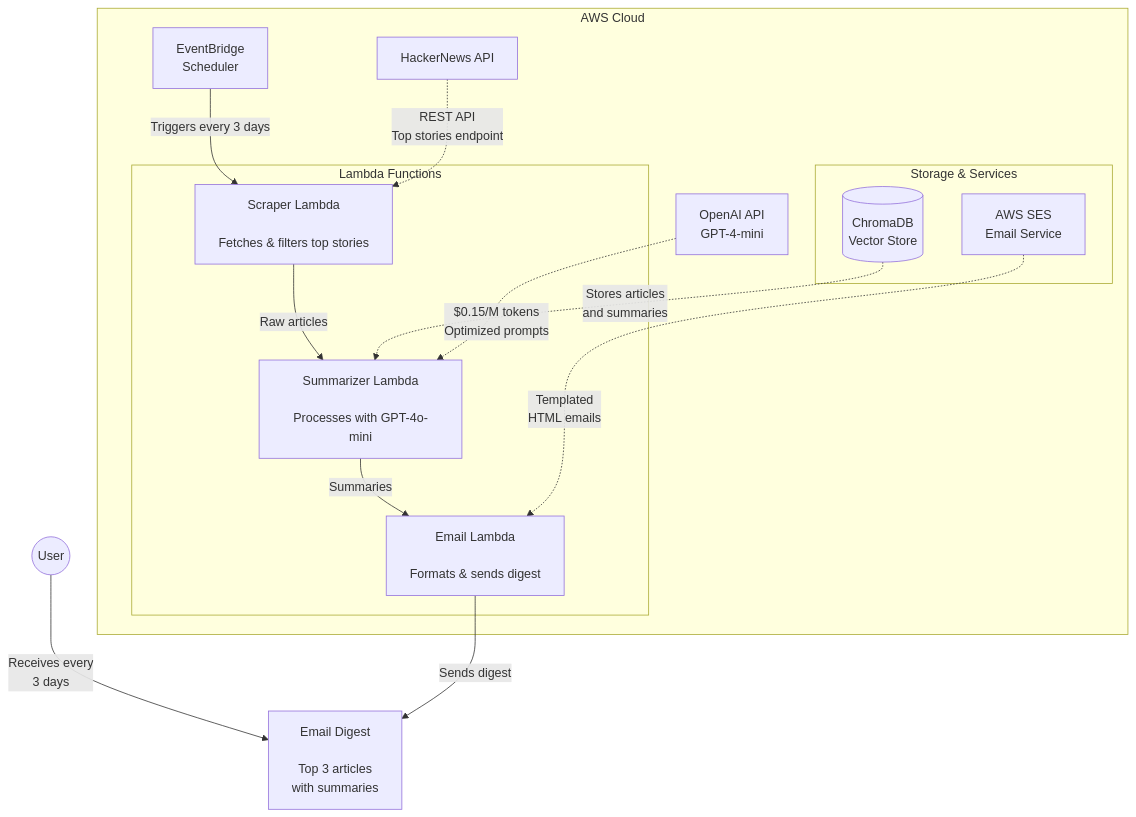
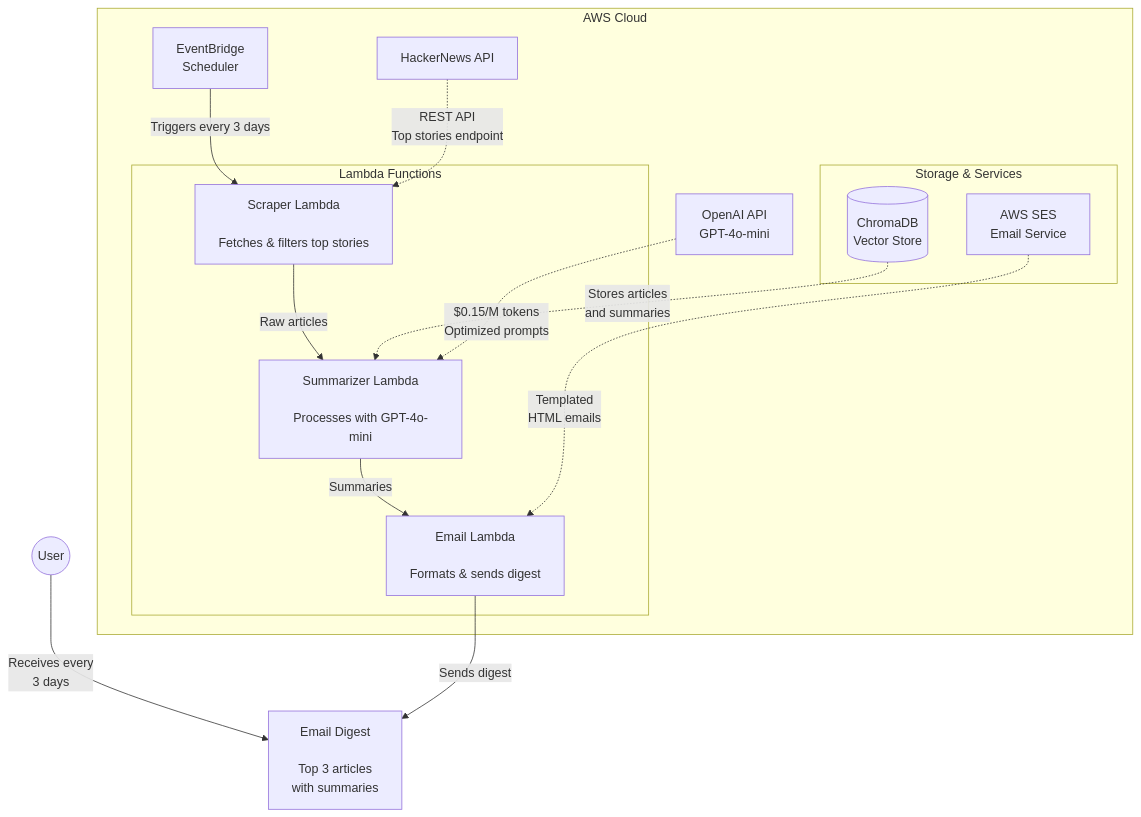
The diagram in docs/architecture.md (Unhyphenated/hackernews-bot), drawn with Mermaid before and after one commit. The commit also changed 1 other file, not shown here.

````diff
--- a/docs/architecture.md
+++ b/docs/architecture.md
@@ -9,24 +9,24 @@
 ```mermaid
 flowchart TB
     subgraph AWS Cloud
         EB[EventBridge<br>Scheduler] -->|Triggers every 3 days| L1
         
         subgraph "Lambda Functions"
             L1[Scraper Lambda<br><br>Fetches & filters top stories] -->|Raw articles| L2
             L2[Summarizer Lambda<br><br>Processes with GPT-4o-mini] -->|Summaries| L3
             L3[Email Lambda<br><br>Formats & sends digest]
         end
         
         HN[HackerNews API] -.->|REST API<br>Top stories endpoint| L1
         
         subgraph "Storage & Services"
             CDB[(ChromaDB<br>Vector Store)] -.->|Stores articles<br>and summaries| L2
             SES[AWS SES<br>Email Service] -.->|Templated<br>HTML emails| L3
         end
         
-        OpenAI[OpenAI API<br>GPT-4-mini] -.->|$0.15/M tokens<br>Optimized prompts| L2
+        OpenAI[OpenAI API<br>GPT-4o-mini] -.->|$0.15/M tokens<br>Optimized prompts| L2
     end
     
     User((User)) -->|Receives every<br>3 days| Email[Email Digest<br><br>Top 3 articles<br>with summaries]
     L3 -->|Sends digest| Email
 ```
````
